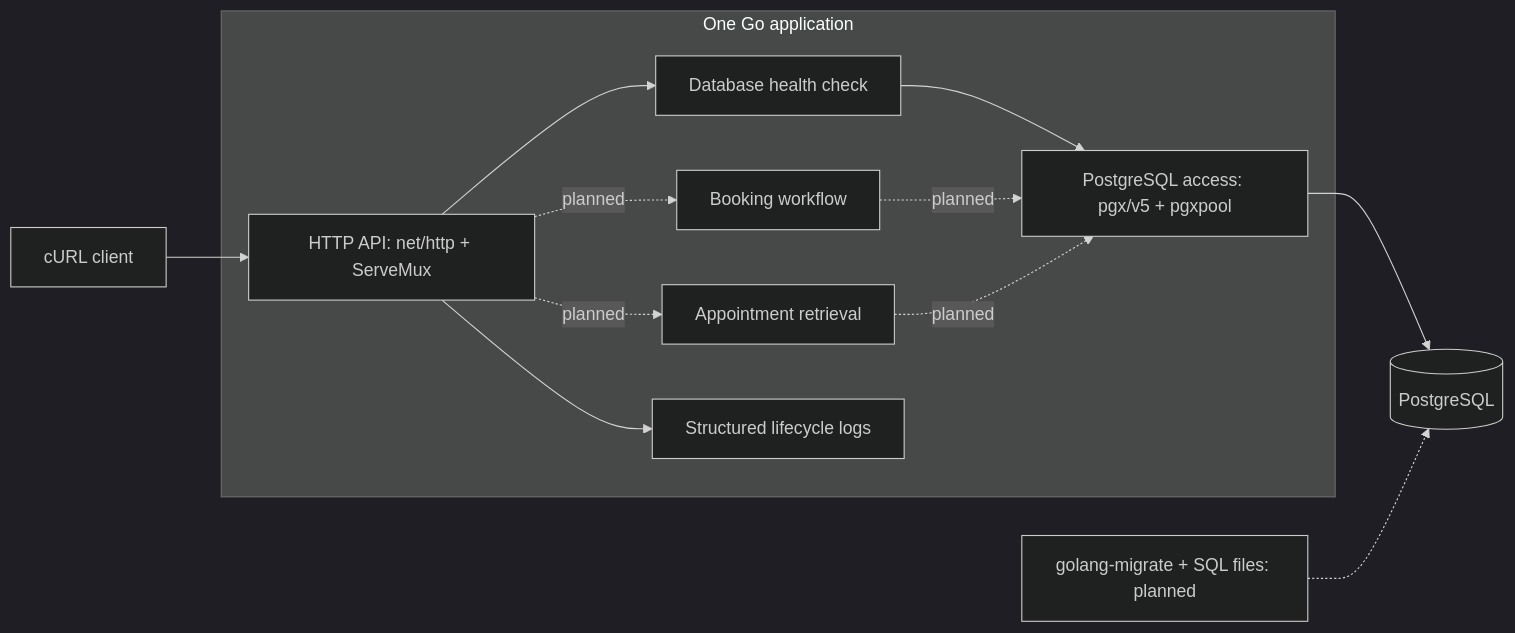
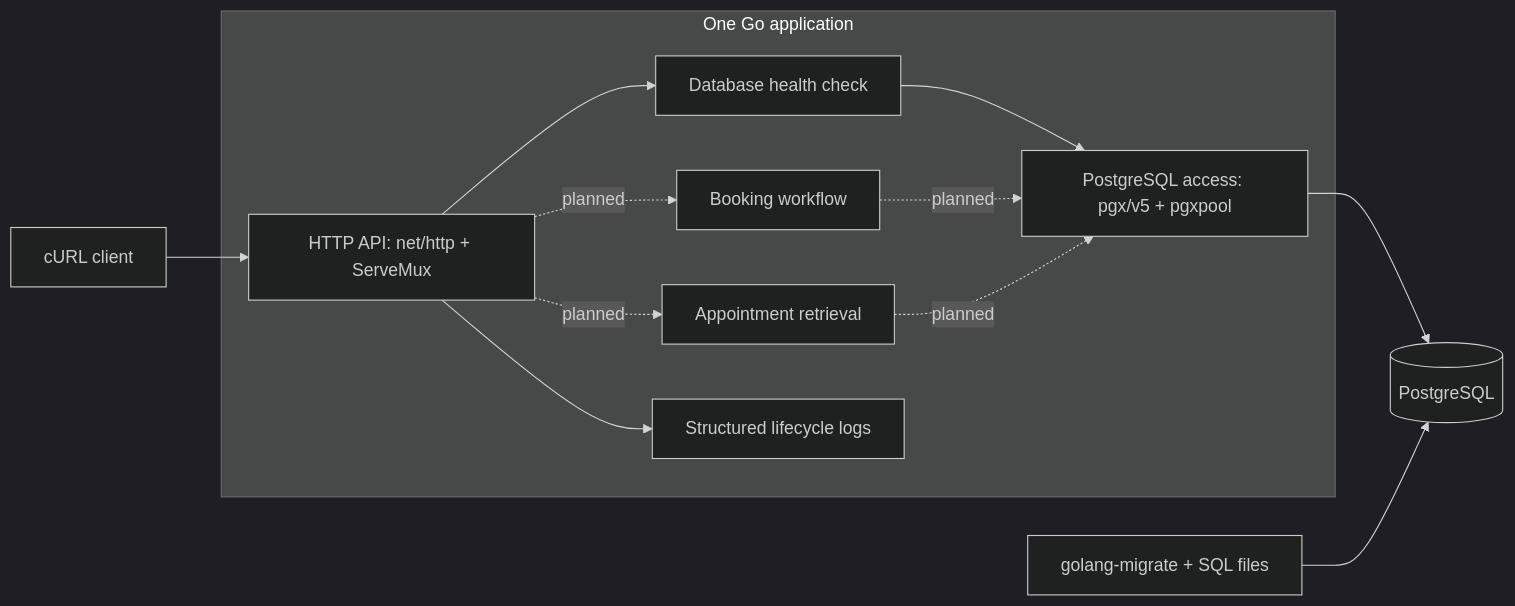
One commit to votatdat/challenge_appointment_scheduler changed the diagram in docs/architecture.md. Above: the diagram before and after it, drawn with Mermaid (dark theme). The commit also changed other lines of this file and 11 other files, not shown here.

Commit message:
Step 03 Create schema and seed data

````diff
--- a/docs/architecture.md
+++ b/docs/architecture.md
@@ -17,15 +17,15 @@
 ```mermaid
 flowchart LR
     Client["cURL client"] --> HTTP["HTTP API: net/http + ServeMux"]
     subgraph GoApplication["One Go application"]
         HTTP --> Health["Database health check"]
         HTTP -. planned .-> Booking["Booking workflow"]
         HTTP -. planned .-> Retrieval["Appointment retrieval"]
         Health --> Store["PostgreSQL access: pgx/v5 + pgxpool"]
         Booking -. planned .-> Store
         Retrieval -. planned .-> Store
         HTTP --> Logs["Structured lifecycle logs"]
     end
     Store --> DB[(PostgreSQL)]
-    Migrations["golang-migrate + SQL files: planned"] -.-> DB
+    Migrations["golang-migrate + SQL files"] --> DB
 ```
````
